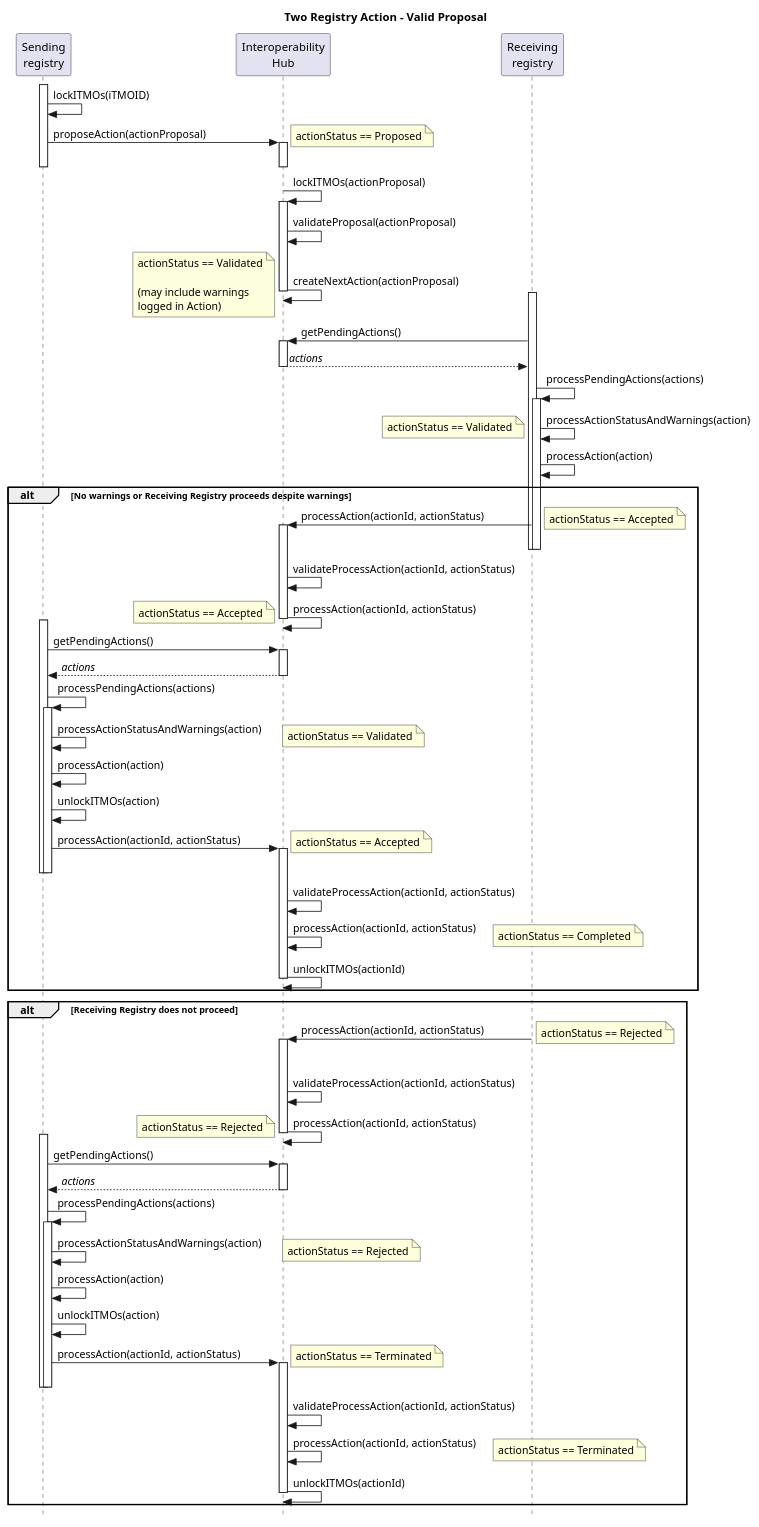
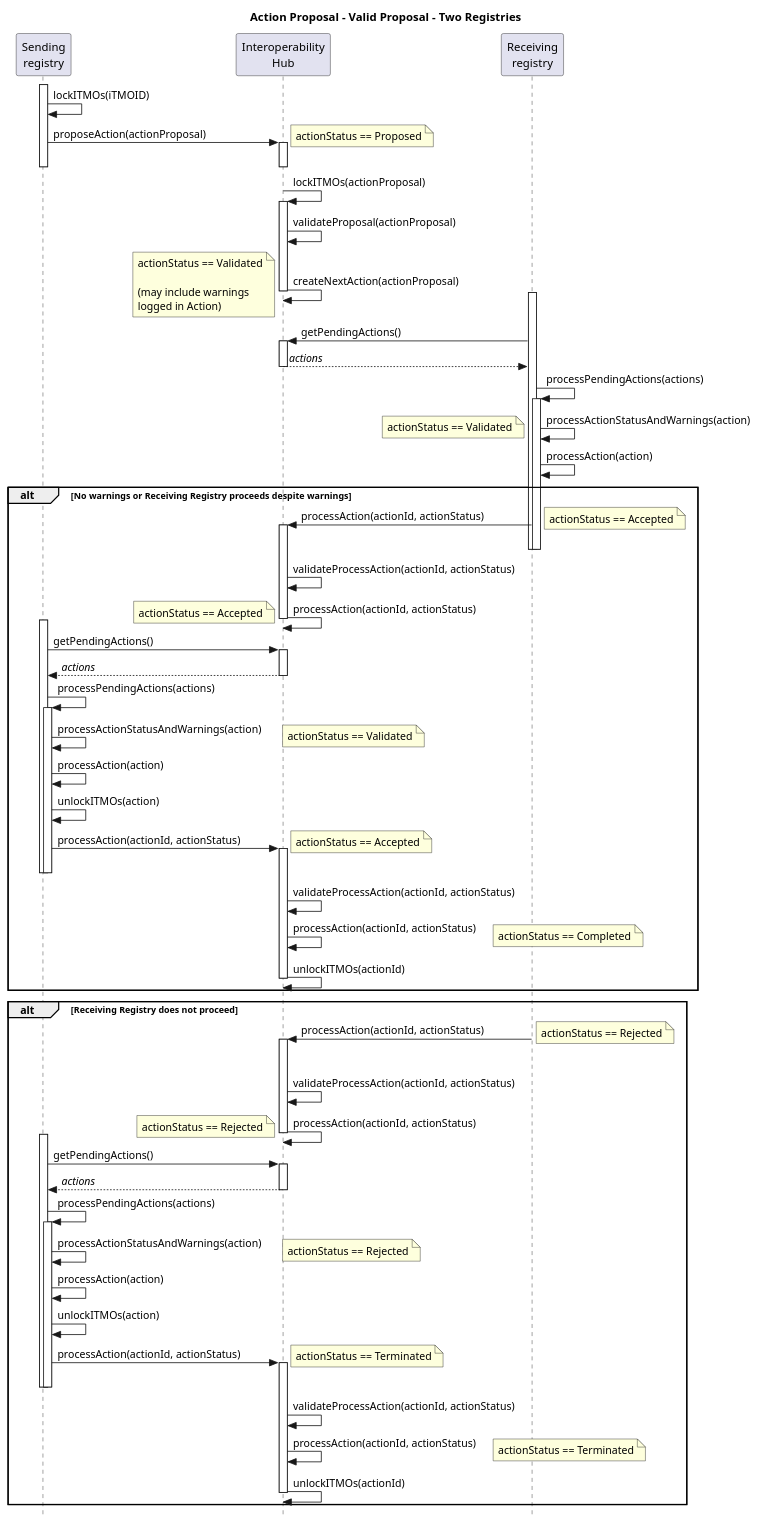
One commit to frankcnng/CARP changed the diagram in diagrams/actionProposal_Valid_TwoReg_Sequence.puml. Above: the diagram before and after it, drawn with PlantUML.

```diff
--- a/diagrams/actionProposal_Valid_TwoReg_Sequence.puml
+++ b/diagrams/actionProposal_Valid_TwoReg_Sequence.puml
@@ -1,107 +1,105 @@
-@startuml Two Registry Action - Valid Proposal
+@startuml actionProposal_Valie_TwoReg_Sequence
 
-title Two Registry Action - Valid Proposal
+title Action Proposal - Valid Proposal - Two Registries
 
 skinparam style strictuml
 
 participant "Sending\nregistry" as Sender
 participant "Interoperability\nHub" as Hub
 participant "Receiving\nregistry" as Receiver
 
 activate Sender
 Sender -> Sender: lockITMOs(iTMOID)
 Sender -> Hub++ : proposeAction(actionProposal)
 note right: actionStatus == Proposed
 deactivate Hub
 deactivate Sender
 
 Hub -> Hub++: lockITMOs(actionProposal)
 Hub -> Hub: validateProposal(actionProposal)
 Hub -> Hub--: createNextAction(actionProposal)
 note left: actionStatus == Validated\n\n(may include warnings\nlogged in Action)
 
 activate Receiver
 Receiver -> Hub++: getPendingActions()
 Receiver <-- Hub: //actions//
 deactivate Hub
 
 Receiver -> Receiver: processPendingActions(actions)
 activate Receiver
 Receiver -> Receiver: processActionStatusAndWarnings(action)
 note left: actionStatus == Validated
 Receiver -> Receiver: processAction(action)
-
-
 
 alt No warnings or Receiving Registry proceeds despite warnings
 
   Receiver -> Hub++: processAction(actionId, actionStatus)
   deactivate Receiver
   deactivate Receiver
   note right: actionStatus == Accepted
   Hub -> Hub: validateProcessAction(actionId, actionStatus)
   Hub -> Hub: processAction(actionId, actionStatus)
   note left: actionStatus == Accepted
   deactivate Hub
 
   activate Sender
   Sender -> Hub++ : getPendingActions()
   Sender <-- Hub : //actions//
   deactivate Hub
   
   Sender -> Sender: processPendingActions(actions)
   activate Sender
   Sender -> Sender: processActionStatusAndWarnings(action)
   note right: actionStatus == Validated
   Sender -> Sender: processAction(action)
   Sender -> Sender: unlockITMOs(action)
 
   Sender -> Hub++: processAction(actionId, actionStatus)
   note right: actionStatus == Accepted
   deactivate Sender
   deactivate Sender
   Hub -> Hub: validateProcessAction(actionId, actionStatus)
   Hub -> Hub: processAction(actionId, actionStatus)
   note right: actionStatus == Completed
   Hub -> Hub--: unlockITMOs(actionId)
 
 end
 
 alt Receiving Registry does not proceed
 
   activate Receiver
   activate Receiver
   Receiver -> Hub++: processAction(actionId, actionStatus)
   note right: actionStatus == Rejected
   deactivate Receiver
   deactivate Receiver
   Hub -> Hub: validateProcessAction(actionId, actionStatus)
   Hub -> Hub: processAction(actionId, actionStatus)
   note left: actionStatus == Rejected
   deactivate Hub
 
   activate Sender
   Sender -> Hub++ : getPendingActions()
   Sender <-- Hub: //actions//
   deactivate Hub
   
   Sender -> Sender: processPendingActions(actions)
   activate Sender
   Sender -> Sender: processActionStatusAndWarnings(action)
   note right: actionStatus == Rejected
 
   Sender -> Sender: processAction(action)
   Sender -> Sender: unlockITMOs(action)
 
   Sender -> Hub++: processAction(actionId, actionStatus)
   note right: actionStatus == Terminated
   deactivate Sender
   deactivate Sender
   Hub -> Hub: validateProcessAction(actionId, actionStatus)
   Hub -> Hub: processAction(actionId, actionStatus)
   note right: actionStatus == Terminated
   Hub -> Hub--: unlockITMOs(actionId)
 
 end
 
 @enduml
```
